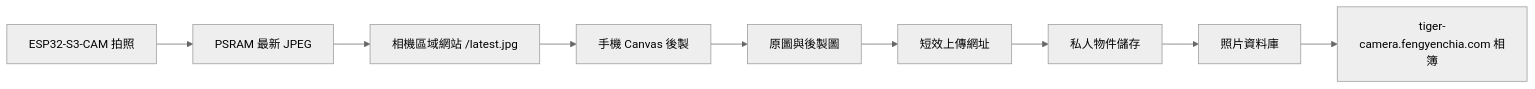
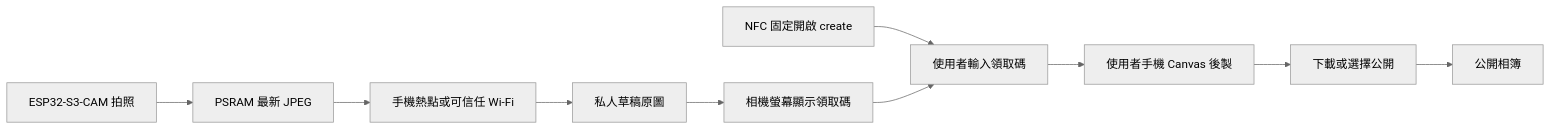
The diagram in docs/START_HERE.md (fengyenchia/tiger-camera), drawn with Mermaid (neutral theme) before and after one commit. The commit also changed other lines of this file and 83 other files, not shown here.

````diff
--- a/docs/START_HERE.md
+++ b/docs/START_HERE.md
@@ -11,11 +11,12 @@
 ```mermaid
 flowchart LR
     A[ESP32-S3-CAM 拍照] --> B[PSRAM 最新 JPEG]
-    B --> C[相機區域網站 /latest.jpg]
-    C --> D[手機 Canvas 後製]
-    D --> E[原圖與後製圖]
-    E --> F[短效上傳網址]
-    F --> G[私人物件儲存]
-    G --> H[照片資料庫]
-    H --> I[tiger-camera.fengyenchia.com 相簿]
+    B --> C[手機熱點或可信任 Wi-Fi]
+    C --> D[私人草稿原圖]
+    D --> E[相機螢幕顯示領取碼]
+    F[NFC 固定開啟 create] --> G[使用者輸入領取碼]
+    E --> G
+    G --> H[使用者手機 Canvas 後製]
+    H --> I[下載或選擇公開]
+    I --> J[公開相簿]
 ```
````
